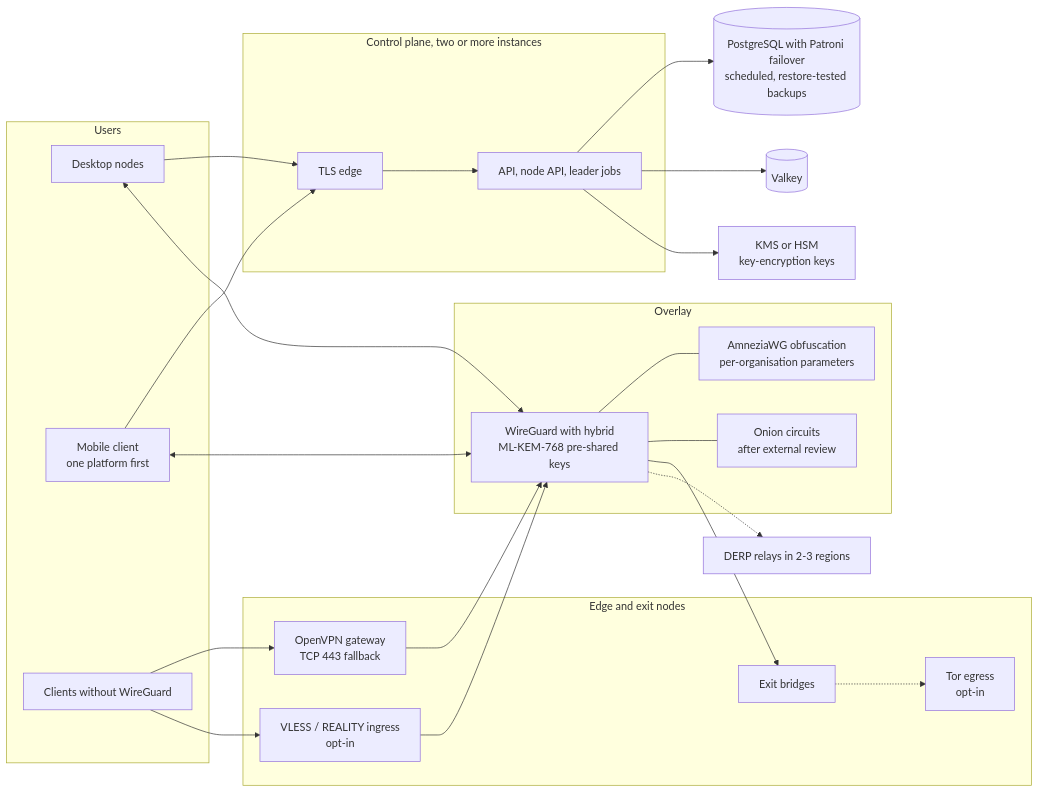
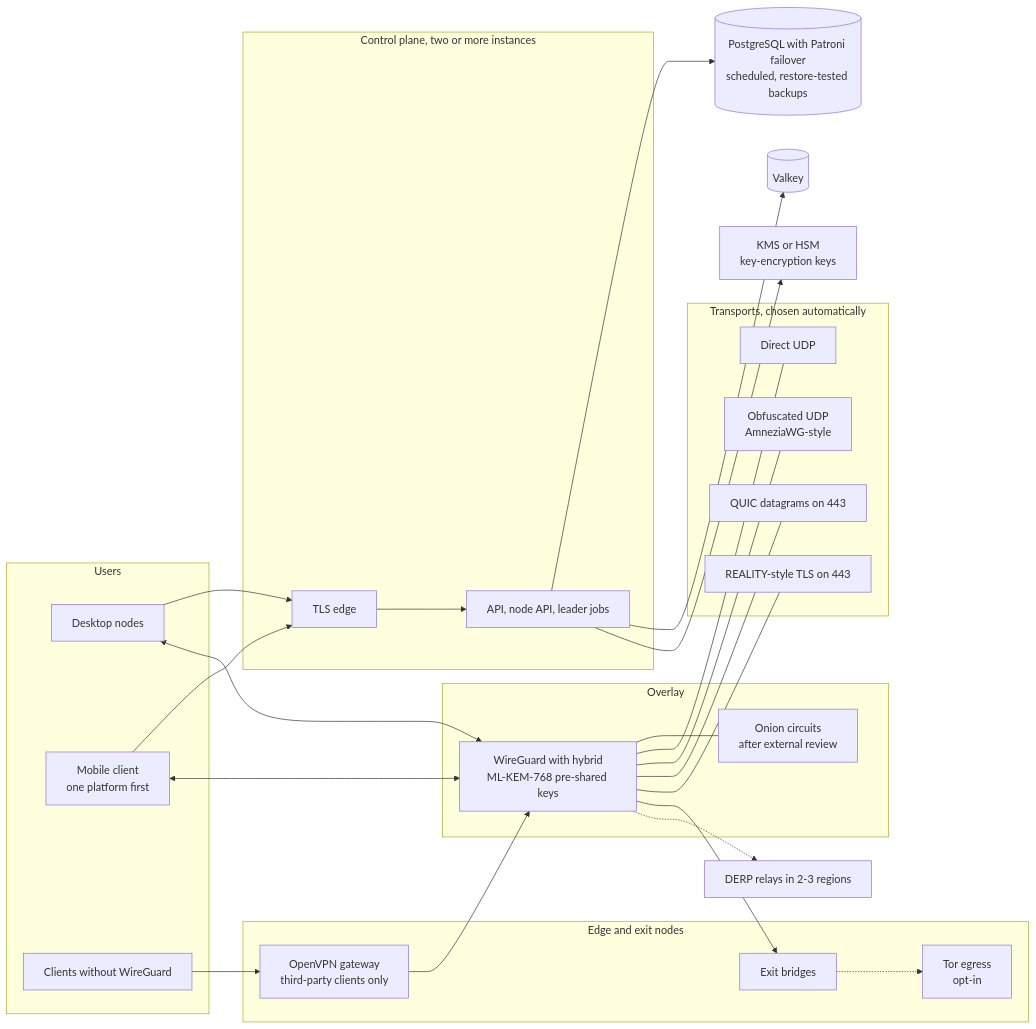
Before and after one commit to Mohamed-DN/neronet-proxy: the second of 2 diagrams in README.md, drawn with Mermaid. The commit also changed other lines of this file and 1 other file, not shown here.

Commit message:
Plan one tunnel with several transports
Roadmap section 14 designs how to get WireGuard's speed, OpenVPN's
reach through TCP 443 and proxies, and the resistance of VLESS +
REALITY to inspection and active probing without a new cryptographic
protocol: WireGuard stays the tunnel, and its packets travel over
direct UDP, obfuscated UDP, QUIC datagrams on 443, REALITY-style TLS
on 443 or DERP, chosen automatically. It lists the costs, the licence
question and a CI scenario for each phase.

For NeroNet's own nodes this replaces the separate OpenVPN and VLESS
ingress in section 13. The README roadmap and planned architecture
diagram follow.

````diff
--- a/README.md
+++ b/README.md
@@ -108,48 +108,55 @@
 ```mermaid
 flowchart LR
   subgraph users["Users"]
     desk["Desktop nodes"]
     mobile["Mobile client<br/>one platform first"]
     legacy["Clients without WireGuard"]
   end
 
   subgraph cp["Control plane, two or more instances"]
     tls["TLS edge"]
     api["API, node API, leader jobs"]
   end
 
   pg[("PostgreSQL with Patroni failover<br/>scheduled, restore-tested backups")]
   vk[("Valkey")]
   kms["KMS or HSM<br/>key-encryption keys"]
 
   subgraph mesh["Overlay"]
     wg["WireGuard with hybrid<br/>ML-KEM-768 pre-shared keys"]
-    awg["AmneziaWG obfuscation<br/>per-organisation parameters"]
     onion["Onion circuits<br/>after external review"]
   end
 
+  subgraph transports["Transports, chosen automatically"]
+    udp["Direct UDP"]
+    awg["Obfuscated UDP<br/>AmneziaWG-style"]
+    quic["QUIC datagrams on 443"]
+    reality["REALITY-style TLS on 443"]
+  end
+
   subgraph edges["Edge and exit nodes"]
-    ovpn["OpenVPN gateway<br/>TCP 443 fallback"]
-    vless["VLESS / REALITY ingress<br/>opt-in"]
+    ovpn["OpenVPN gateway<br/>third-party clients only"]
     exit["Exit bridges"]
     tor["Tor egress<br/>opt-in"]
   end
 
   derp["DERP relays in 2-3 regions"]
 
   desk --> tls
   mobile --> tls
   tls --> api
   api --> pg
   api --> vk
   api --> kms
   desk <--> wg
   mobile <--> wg
+  wg --- onion
+  wg --- udp
   wg --- awg
-  wg --- onion
+  wg --- quic
+  wg --- reality
   legacy --> ovpn --> wg
-  legacy --> vless --> wg
   wg --> exit
   exit -.-> tor
   wg -.-> derp
 ```
````
